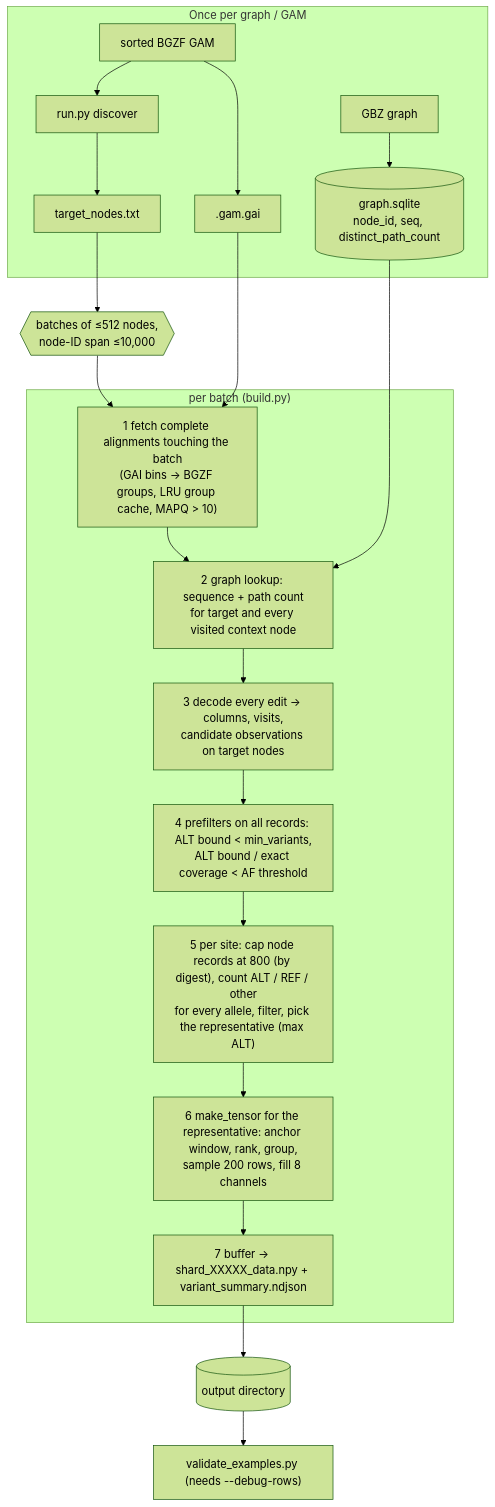
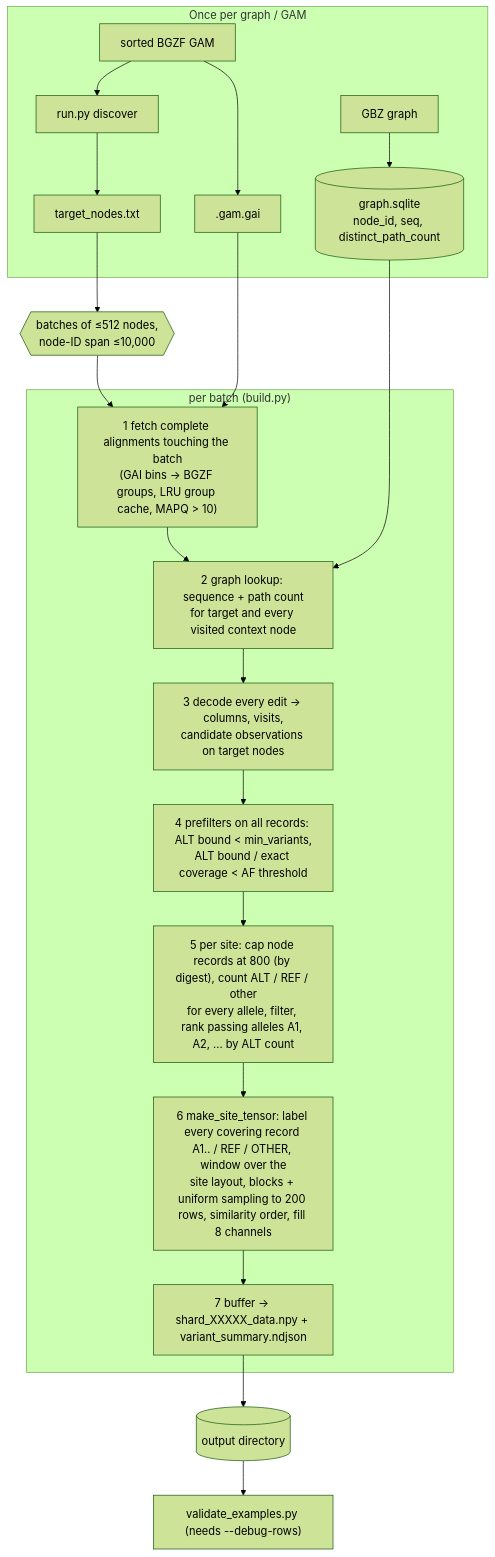
The diagram in indexed_gam_pipeline_v2/README.md (Jiawei-Shen/Pansoma), drawn with Mermaid (forest theme) before and after one commit. The commit also changed other lines of this file and 100 other files, not shown here.

````diff
--- a/indexed_gam_pipeline_v2/README.md
+++ b/indexed_gam_pipeline_v2/README.md
@@ -59,25 +62,25 @@
 ```mermaid
 flowchart TD
     subgraph once["Once per graph / GAM"]
         GBZ["GBZ graph"] --> GIDX[("graph.sqlite<br/>node_id, seq, distinct_path_count")]
         GAM["sorted BGZF GAM"] --> GAI[".gam.gai"]
         GAM --> DISC["run.py discover"] --> NODES["target_nodes.txt"]
     end
 
     NODES --> BATCH{{"batches of ≤512 nodes,<br/>node-ID span ≤10,000"}}
     subgraph batch["per batch (build.py)"]
         F["1 fetch complete alignments touching the batch<br/>(GAI bins → BGZF groups, LRU group cache, MAPQ > 10)"]
         G["2 graph lookup: sequence + path count<br/>for target and every visited context node"]
         D["3 decode every edit → columns, visits,<br/>candidate observations on target nodes"]
         P["4 prefilters on all records: ALT bound < min_variants,<br/>ALT bound / exact coverage < AF threshold"]
-        C["5 per site: cap node records at 800 (by digest), count ALT / REF / other<br/>for every allele, filter, pick the representative (max ALT)"]
-        T["6 make_tensor for the representative: anchor window, rank, group,<br/>sample 200 rows, fill 8 channels"]
+        C["5 per site: cap node records at 800 (by digest), count ALT / REF / other<br/>for every allele, filter, rank passing alleles A1, A2, ... by ALT count"]
+        T["6 make_site_tensor: label every covering record A1.. / REF / OTHER, window over the<br/>site layout, blocks + uniform sampling to 200 rows, similarity order, fill 8 channels"]
         W["7 buffer → shard_XXXXX_data.npy + variant_summary.ndjson"]
         F --> G --> D --> P --> C --> T --> W
     end
     BATCH --> F
     GAI --> F
     GIDX --> G
     W --> OUT[("output directory")]
     OUT --> AUD["validate_examples.py (needs --debug-rows)"]
 ```
````
